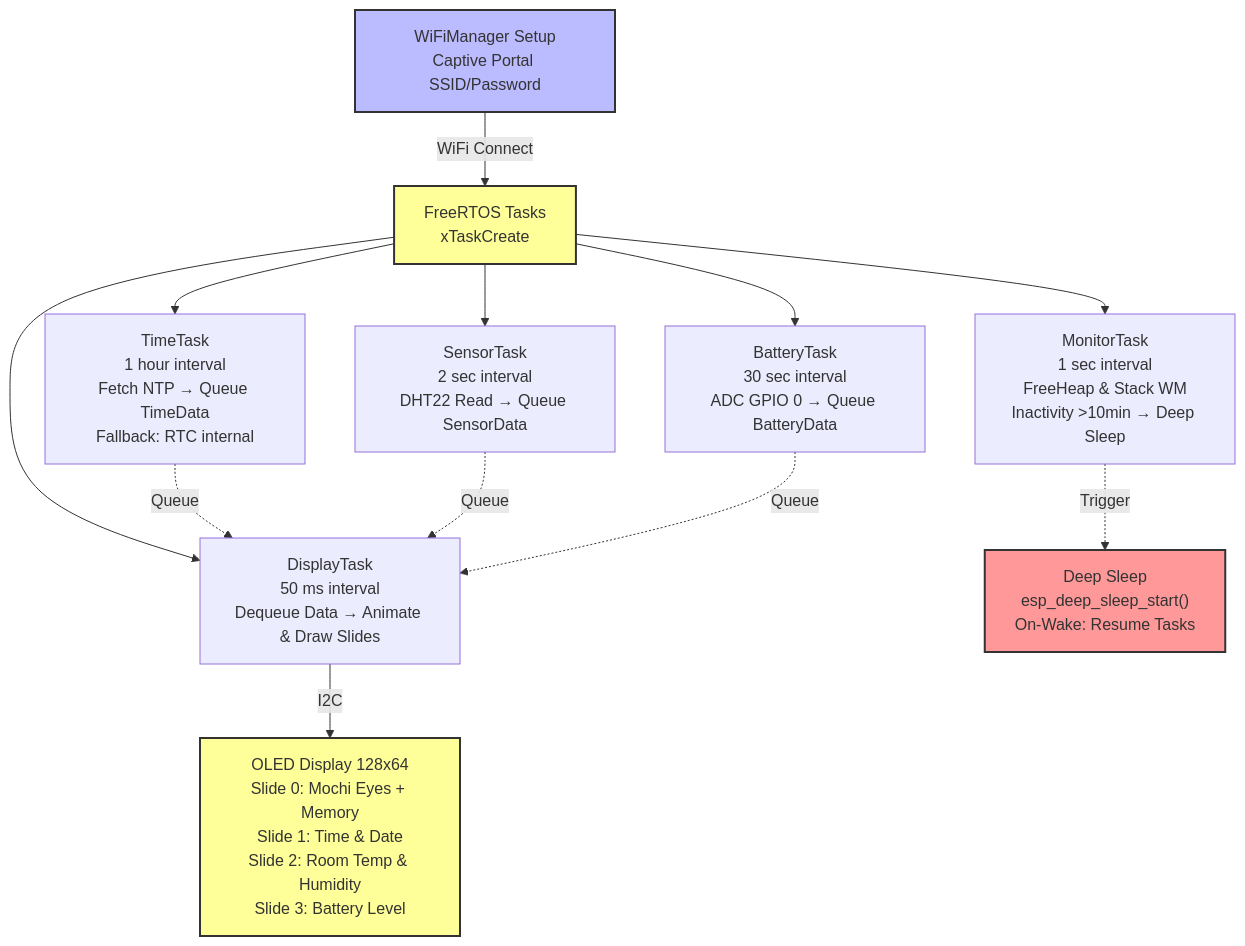
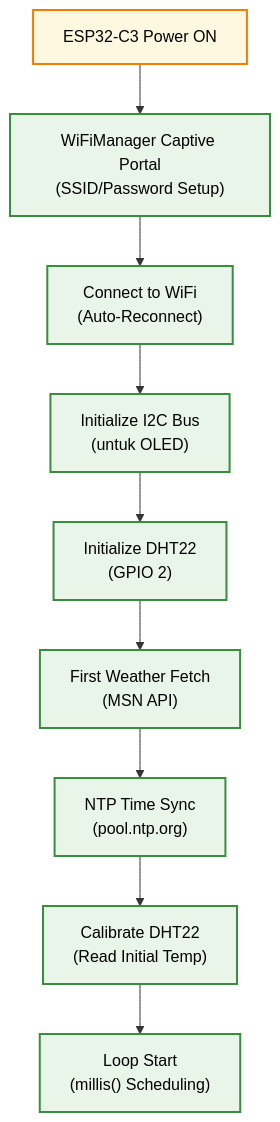
One commit to ficrammanifur/tugass changed the second of 2 diagrams in esp32-mini-weather-station/README.md. Above: the diagram before and after it, drawn with Mermaid. The commit also changed other lines of this file, not shown here.

````diff
--- a/esp32-mini-weather-station/README.md
+++ b/esp32-mini-weather-station/README.md
@@ -149,18 +257,24 @@
 ```mermaid
 flowchart TD
-    A[WiFiManager Setup<br/>Captive Portal SSID/Password] -->|WiFi Connect| B[FreeRTOS Tasks<br/>xTaskCreate]
-    B --> C[TimeTask<br/>1 hour interval<br/>Fetch NTP → Queue TimeData<br/>Fallback: RTC internal]
-    B --> D[SensorTask<br/>2 sec interval<br/>DHT22 Read → Queue SensorData]
-    B --> E[BatteryTask<br/>30 sec interval<br/>ADC GPIO 0 → Queue BatteryData]
-    B --> F[DisplayTask<br/>50 ms interval<br/>Dequeue Data → Animate & Draw Slides]
-    B --> G[MonitorTask<br/>1 sec interval<br/>FreeHeap & Stack WM<br/>Inactivity >10min → Deep Sleep]
-    F -->|I2C| H[OLED Display 128x64<br/>Slide 0: Mochi Eyes + Memory<br/>Slide 1: Time & Date<br/>Slide 2: Room Temp & Humidity<br/>Slide 3: Battery Level]
-    C -.->|Queue| F
-    D -.->|Queue| F
-    E -.->|Queue| F
-    G -.->|Trigger| I["Deep Sleep<br/>esp_deep_sleep_start()<br/>On-Wake: Resume Tasks"]
-    style A fill:#bbf,stroke:#333,stroke-width:2px
-    style B fill:#ff9,stroke:#333,stroke-width:2px
-    style H fill:#ff9,stroke:#333,stroke-width:2px
-    style I fill:#f99,stroke:#333,stroke-width:2px
+    POWER_ON["ESP32-C3 Power ON"]
+    WIFI_SETUP["WiFiManager Captive Portal<br/>(SSID/Password Setup)"]
+    CONNECT_WIFI["Connect to WiFi<br/>(Auto-Reconnect)"]
+    INIT_OLED["Initialize I2C Bus<br/>(untuk OLED)"]
+    INIT_DHT["Initialize DHT22<br/>(GPIO 2)"]
+    FETCH_FIRST["First Weather Fetch<br/>(MSN API)"]
+    SYNC_TIME["NTP Time Sync<br/>(pool.ntp.org)"]
+    CALIB_DHT["Calibrate DHT22<br/>(Read Initial Temp)"]
+    READY["Loop Start<br/>(millis() Scheduling)"]
+    POWER_ON --> WIFI_SETUP
+    WIFI_SETUP --> CONNECT_WIFI
+    CONNECT_WIFI --> INIT_OLED
+    INIT_OLED --> INIT_DHT
+    INIT_DHT --> FETCH_FIRST
+    FETCH_FIRST --> SYNC_TIME
+    SYNC_TIME --> CALIB_DHT
+    CALIB_DHT --> READY
+    classDef init fill:#e8f5e8,stroke:#388e3c,stroke-width:2px,color:#000
+    classDef power fill:#fff8e1,stroke:#f57c00,stroke-width:2px,color:#000
+    class POWER_ON power
+    class WIFI_SETUP,CONNECT_WIFI,INIT_OLED,INIT_DHT,FETCH_FIRST,SYNC_TIME,CALIB_DHT,READY init
 ```
````
